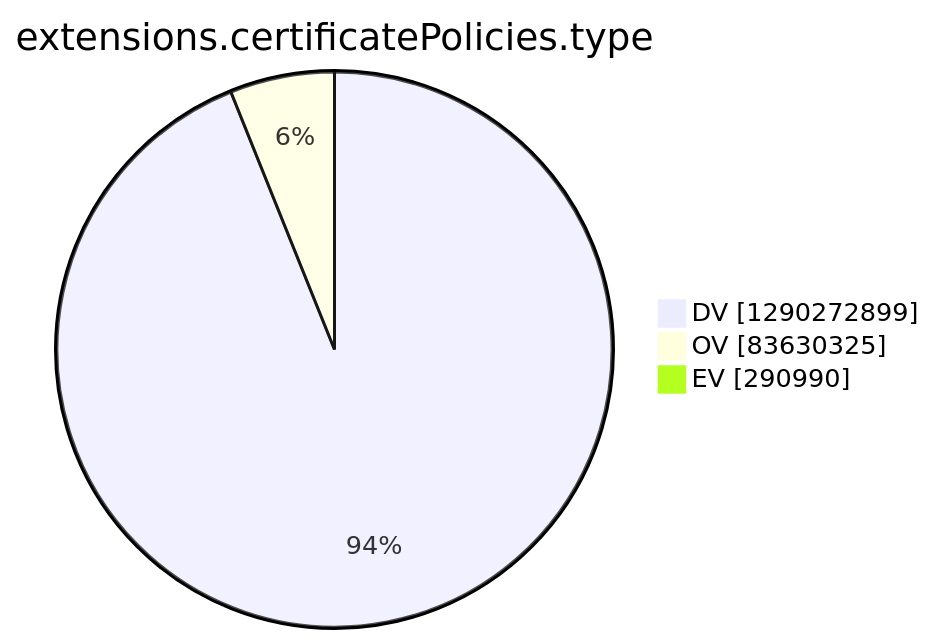
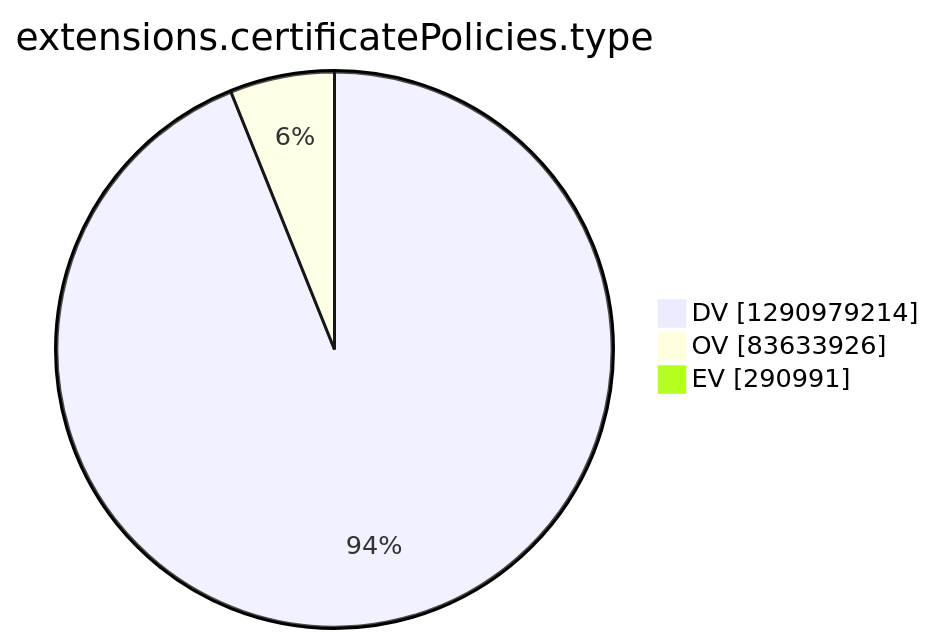
The tenth of 15 diagrams in argon2022/README.md (christiankrug/ctmonitor_visualization), drawn with Mermaid before and after one commit. The commit also changed other lines of this file, not shown here.

````diff
--- a/argon2022/README.md
+++ b/argon2022/README.md
@@ -2771,7 +2771,7 @@
 ```mermaid
 pie showData
 title extensions.certificatePolicies.type
-"DV" :1290272899
-"OV" :83630325
-"EV" :290990
+"DV" :1290979214
+"OV" :83633926
+"EV" :290991
 ```
````
